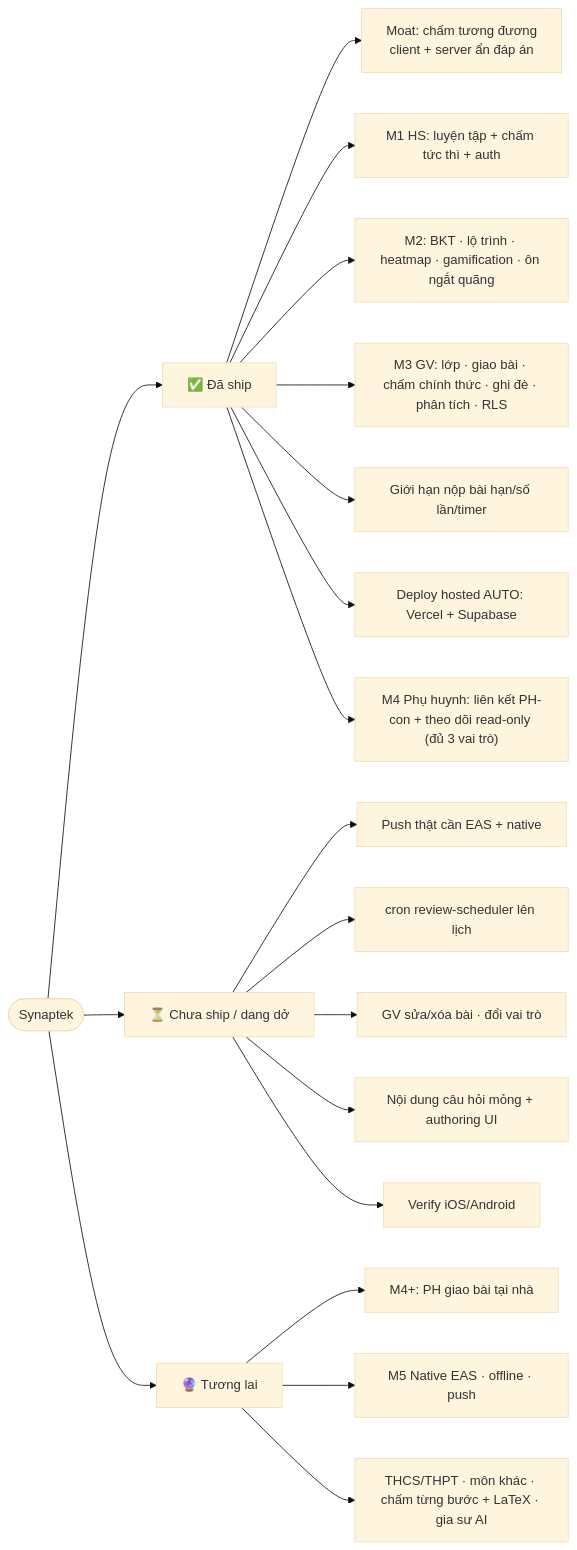
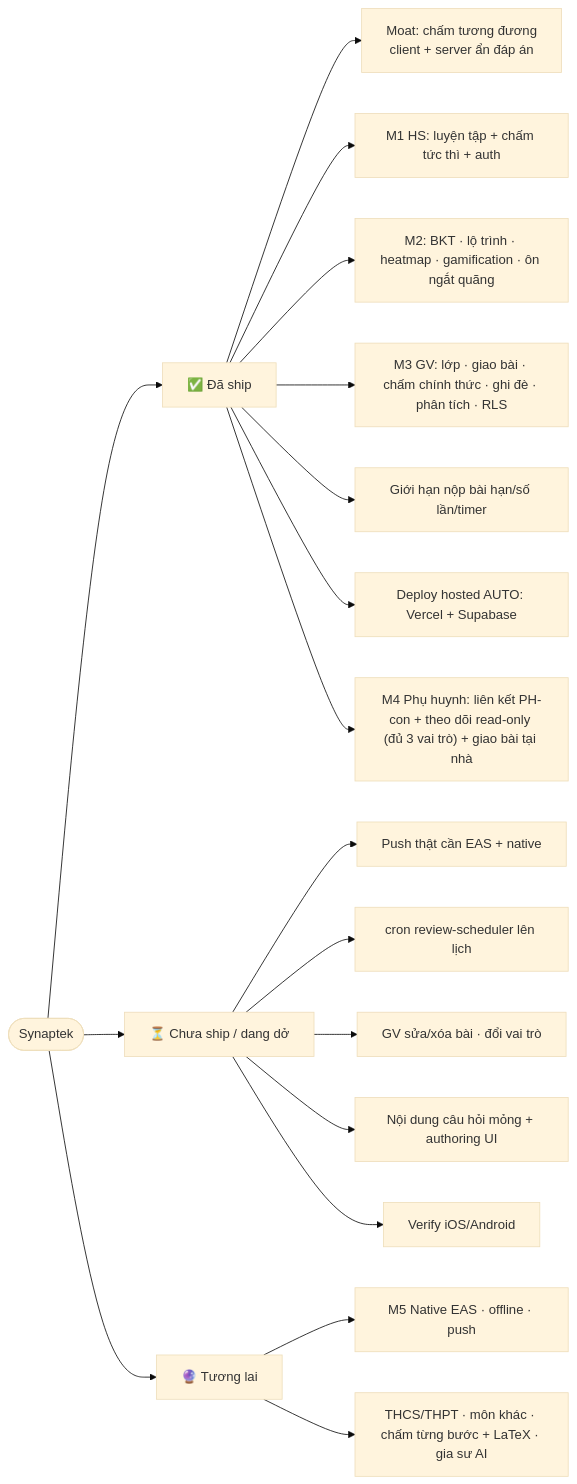
The second of 2 diagrams in docs/FEATURE-MAP.md (hoanghainh1188/synaptek), drawn with Mermaid (base theme) before and after one commit. The commit also changed other lines of this file and 11 other files, not shown here.

First line of the commit message:
feat: giao bài tại nhà (PH→con) — mở rộng M4 (#23)

````diff
--- a/docs/FEATURE-MAP.md
+++ b/docs/FEATURE-MAP.md
@@ -57,25 +57,24 @@
 ```mermaid
 flowchart LR
   S([Synaptek])
   S --> SHIPPED["✅ Đã ship"]
   S --> WIP["⏳ Chưa ship / dang dở"]
   S --> FUTURE["🔮 Tương lai"]
 
   SHIPPED --> A1["Moat: chấm tương đương<br/>client + server ẩn đáp án"]
   SHIPPED --> A2["M1 HS: luyện tập + chấm tức thì + auth"]
   SHIPPED --> A3["M2: BKT · lộ trình · heatmap · gamification · ôn ngắt quãng"]
   SHIPPED --> A4["M3 GV: lớp · giao bài · chấm chính thức · ghi đè · phân tích · RLS"]
   SHIPPED --> A5["Giới hạn nộp bài hạn/số lần/timer"]
   SHIPPED --> A6["Deploy hosted AUTO: Vercel + Supabase"]
 
   WIP --> B1["Push thật cần EAS + native"]
   WIP --> B2["cron review-scheduler lên lịch"]
   WIP --> B3["GV sửa/xóa bài · đổi vai trò"]
   WIP --> B4["Nội dung câu hỏi mỏng + authoring UI"]
   WIP --> B5["Verify iOS/Android"]
 
-  SHIPPED --> A7["M4 Phụ huynh: liên kết PH-con + theo dõi read-only (đủ 3 vai trò)"]
-  FUTURE --> C1["M4+: PH giao bài tại nhà"]
+  SHIPPED --> A7["M4 Phụ huynh: liên kết PH-con + theo dõi read-only (đủ 3 vai trò) + giao bài tại nhà"]
   FUTURE --> C2["M5 Native EAS · offline · push"]
   FUTURE --> C3["THCS/THPT · môn khác · chấm từng bước + LaTeX · gia sư AI"]
 ```
````
